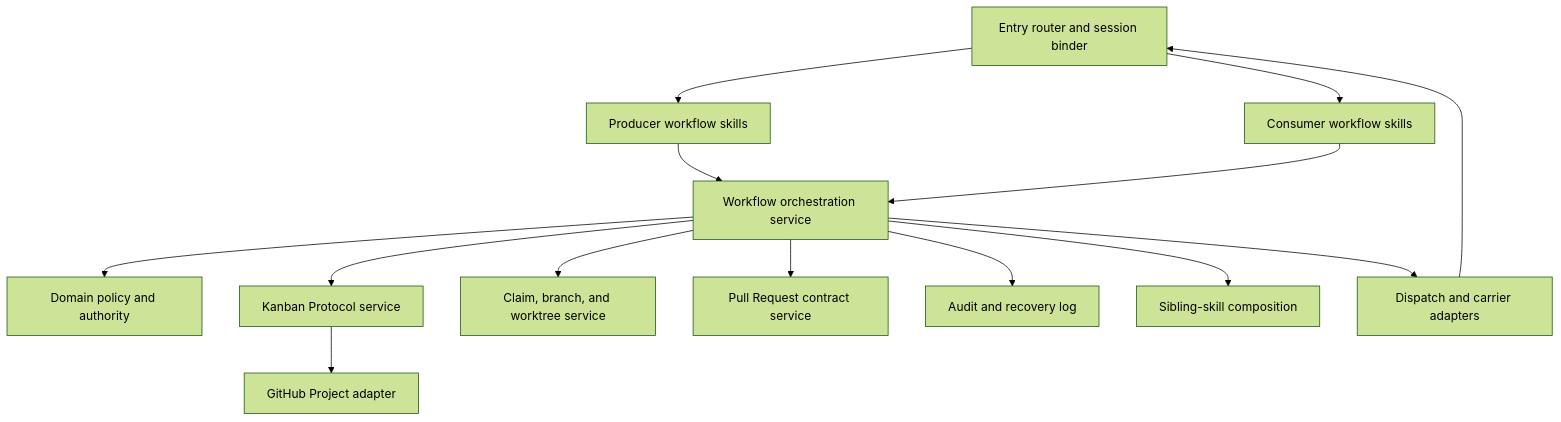
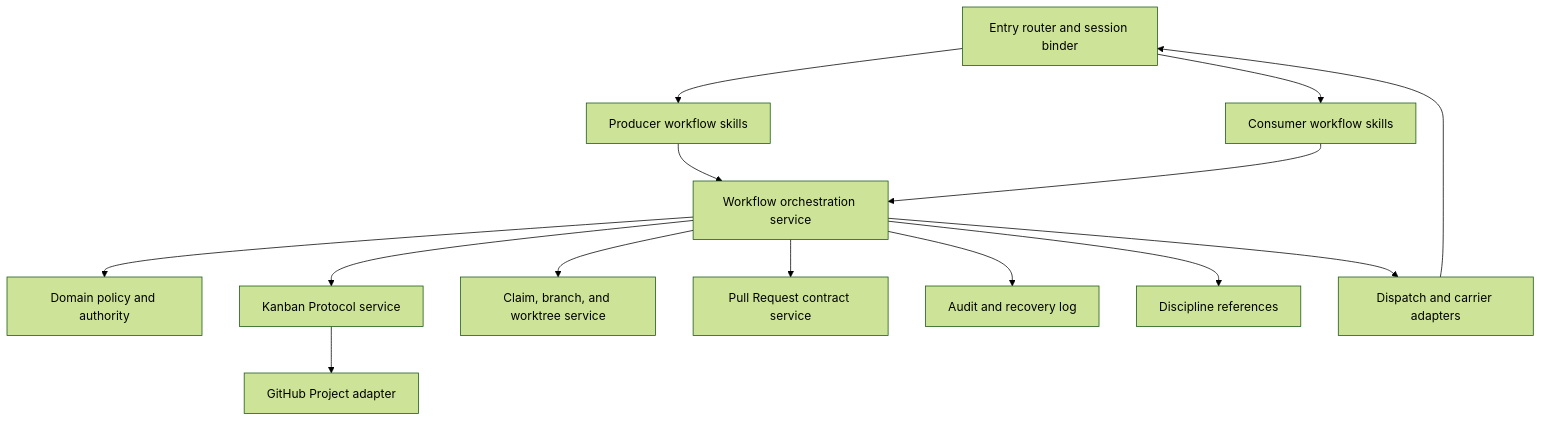
The fifth of 5 diagrams in docs/ARCHITECTURE.md (joanne-09/agent-teams), drawn with Mermaid (forest theme) before and after one commit. The commit also changed other lines of this file and 13 other files, not shown here.

````diff
--- a/docs/ARCHITECTURE.md
+++ b/docs/ARCHITECTURE.md
@@ -1040,29 +1151,29 @@
 ```mermaid
 flowchart TB
     Entry[Entry router and session binder]
     ProducerSkills[Producer workflow skills]
     ConsumerSkills[Consumer workflow skills]
     Policy[Domain policy and authority]
     Workflows[Workflow orchestration service]
     Board[Kanban Protocol service]
     GitHubAdapter[GitHub Project adapter]
     GitService[Claim, branch, and worktree service]
     PullRequestService[Pull Request contract service]
     Audit[Audit and recovery log]
     Carrier[Dispatch and carrier adapters]
-    Sibling[Sibling-skill composition]
+    Sibling[Discipline references]
 
     Entry --> ProducerSkills
     Entry --> ConsumerSkills
     ProducerSkills --> Workflows
     ConsumerSkills --> Workflows
     Workflows --> Policy
     Workflows --> Board
     Workflows --> GitService
     Workflows --> PullRequestService
     Workflows --> Audit
     Workflows --> Sibling
     Board --> GitHubAdapter
     Carrier --> Entry
     Workflows --> Carrier
 ```
````
